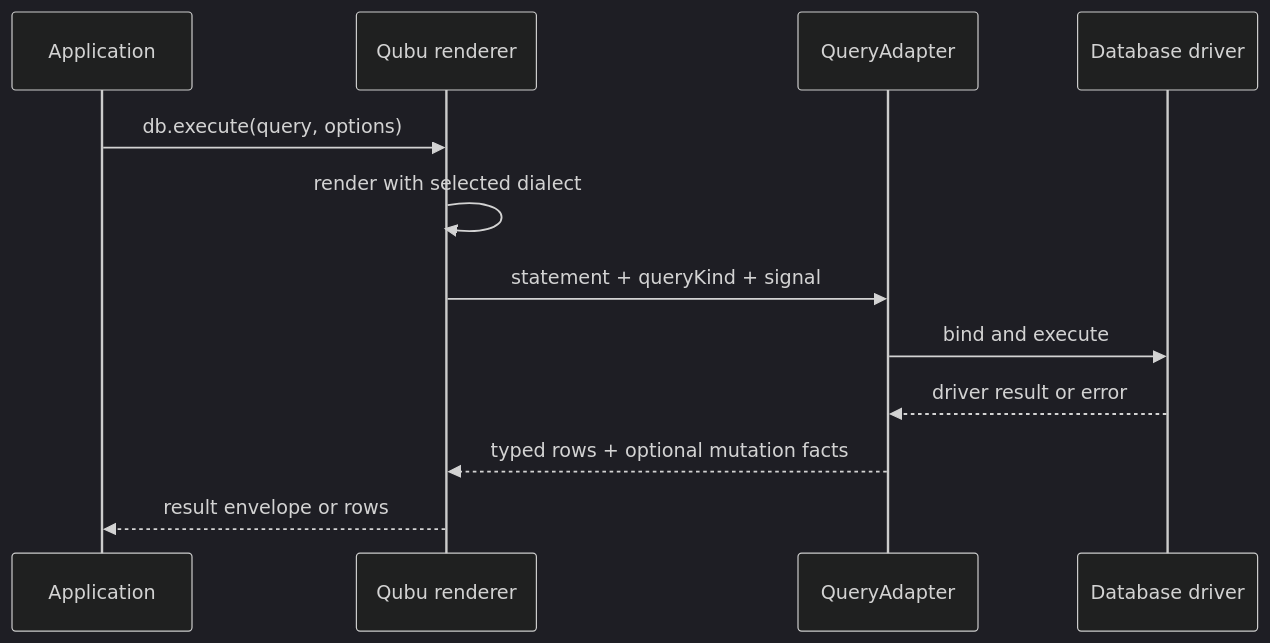
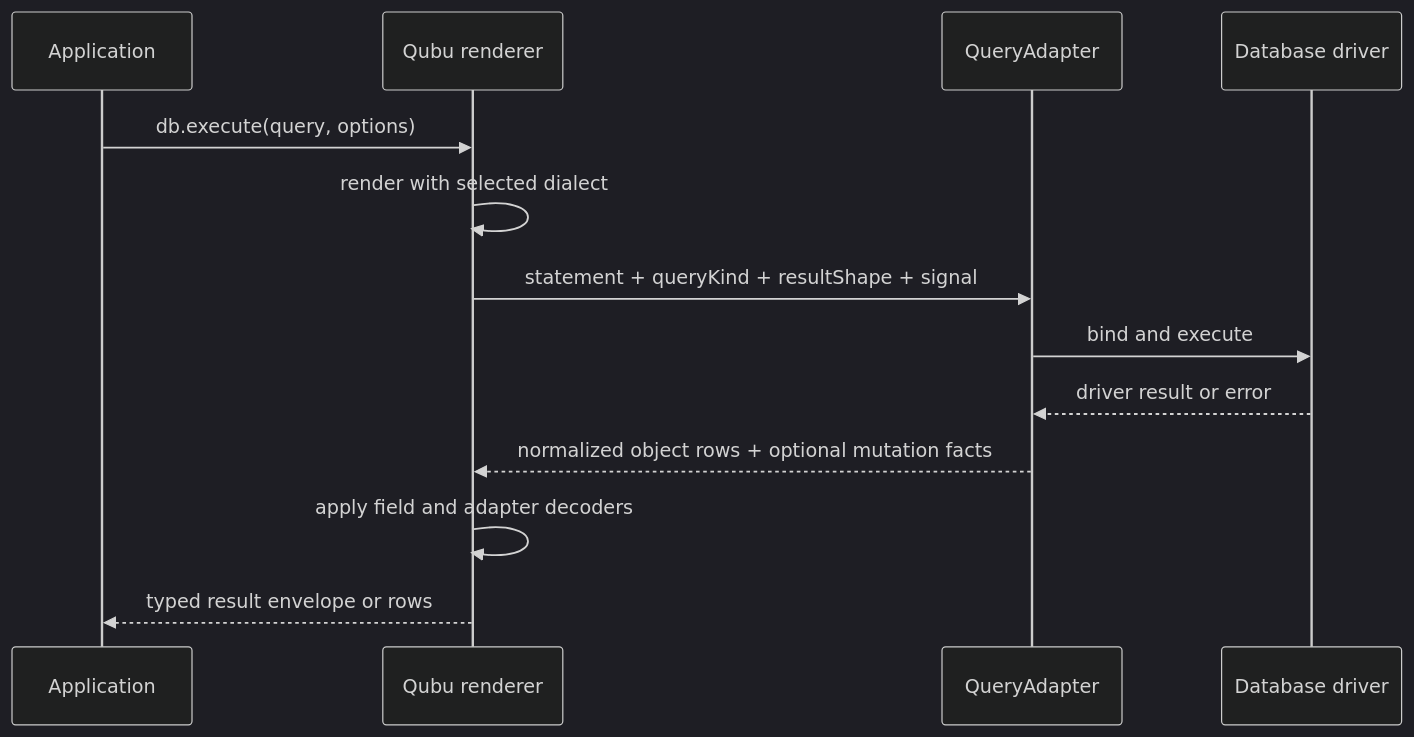
One commit to aleclarson/qubu changed the diagram in docs/dialects-and-execution.md. Above: the diagram before and after it, drawn with Mermaid (dark theme). The commit also changed other lines of this file and 37 other files, not shown here.

Commit message:
feat(execution): decode schema-aware results

````diff
--- a/docs/dialects-and-execution.md
+++ b/docs/dialects-and-execution.md
@@ -380,15 +429,16 @@
 ```mermaid
 sequenceDiagram
   participant App as Application
   participant Qubu as Qubu renderer
   participant Adapter as QueryAdapter
   participant Driver as Database driver
 
   App->>Qubu: db.execute(query, options)
   Qubu->>Qubu: render with selected dialect
-  Qubu->>Adapter: statement + queryKind + signal
+  Qubu->>Adapter: statement + queryKind + resultShape + signal
   Adapter->>Driver: bind and execute
   Driver-->>Adapter: driver result or error
-  Adapter-->>Qubu: typed rows + optional mutation facts
-  Qubu-->>App: result envelope or rows
+  Adapter-->>Qubu: normalized object rows + optional mutation facts
+  Qubu->>Qubu: apply field and adapter decoders
+  Qubu-->>App: typed result envelope or rows
 ```
````
